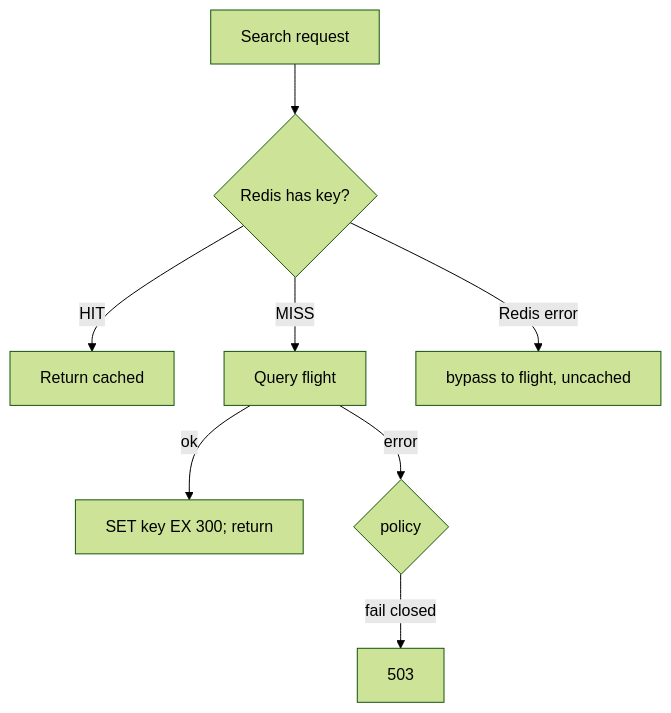
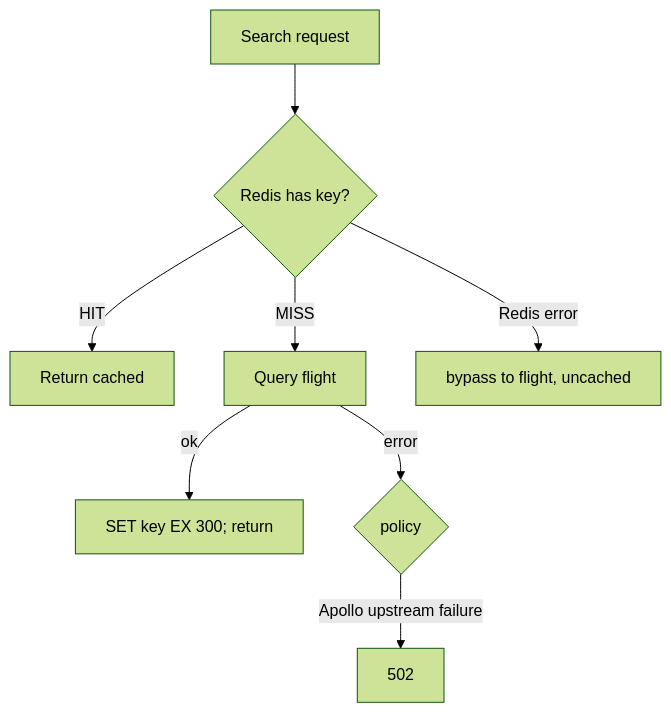
One commit to darshan-raul/apollo11-docs changed the diagram in docs/learn/scaling/cache-aside.md. Above: the diagram before and after it, drawn with Mermaid (forest theme). The commit also changed other lines of this file and 32 other files, not shown here.

````diff
--- a/docs/learn/scaling/cache-aside.md
+++ b/docs/learn/scaling/cache-aside.md
@@ -24,10 +24,10 @@
 ```mermaid
 flowchart TD
   R[Search request] --> C{Redis has key?}
   C -->|HIT| H[Return cached]
   C -->|MISS| F[Query flight]
   F -->|ok| S[SET key EX 300; return]
   F -->|error| E{policy}
-  E -->|fail closed| X[503]
+  E -->|Apollo upstream failure| X[502]
   C -->|Redis error| B[bypass to flight, uncached]
 ```
````
